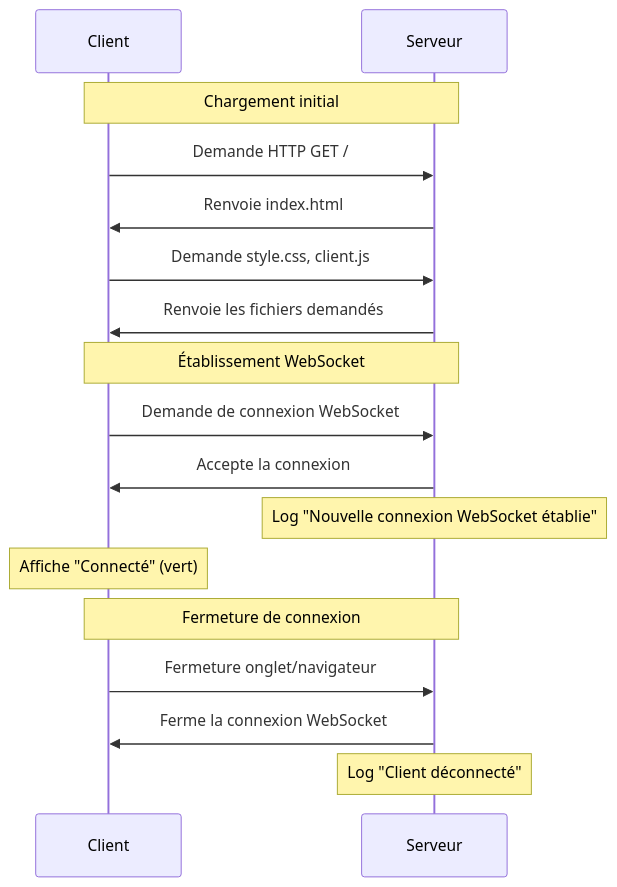
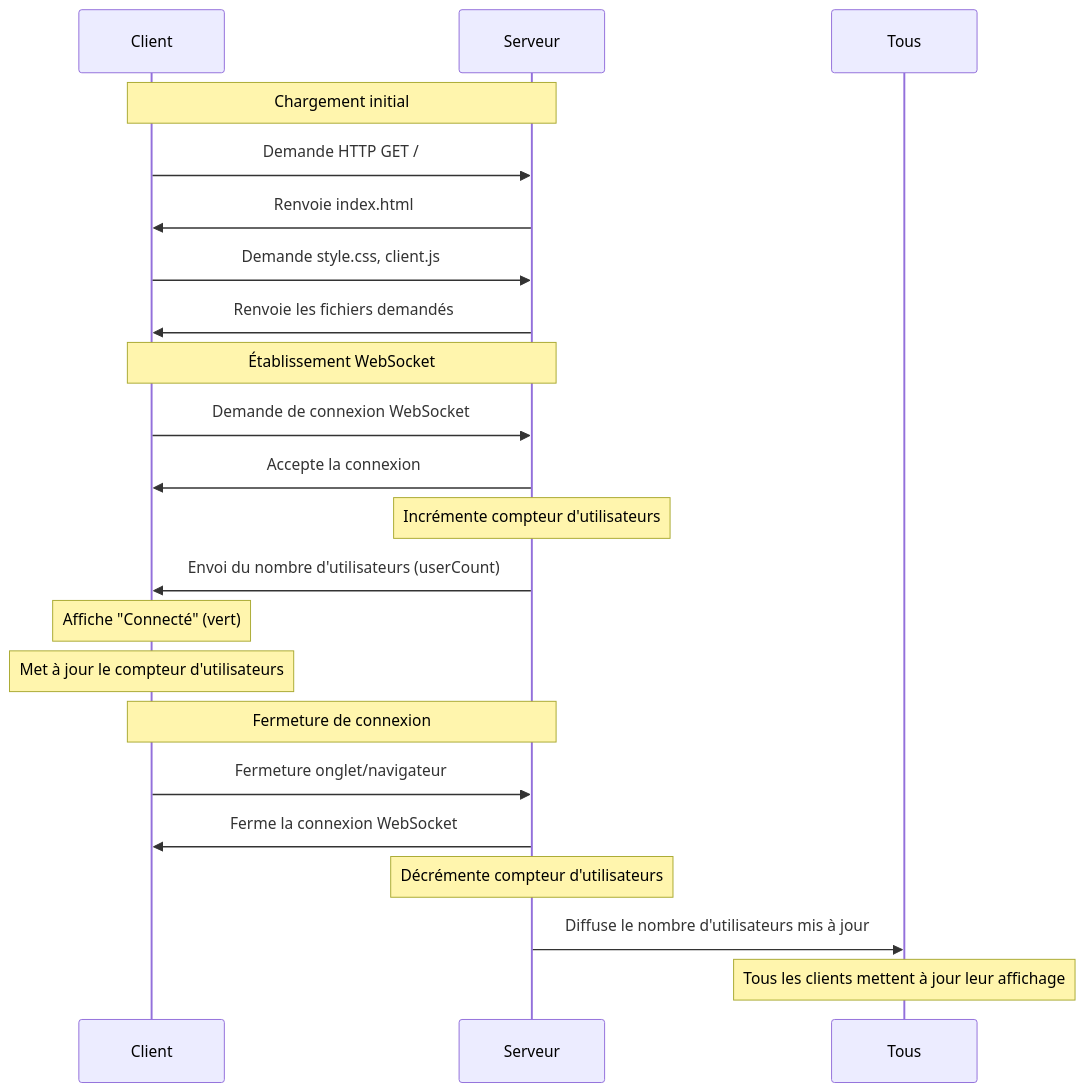
The first of 2 diagrams in docs/technical.md (nicolasmbronner/basic-websocket-prototype), drawn with Mermaid before and after one commit. The commit also changed other lines of this file and 5 other files, not shown here.

````diff
--- a/docs/technical.md
+++ b/docs/technical.md
@@ -9,22 +9,26 @@
 ```mermaid
 sequenceDiagram
     participant C as Client
     participant S as Serveur
 
     Note over C,S: Chargement initial
     C->>S: Demande HTTP GET /
     S->>C: Renvoie index.html
     C->>S: Demande style.css, client.js
     S->>C: Renvoie les fichiers demandés
     
     Note over C,S: Établissement WebSocket
     C->>S: Demande de connexion WebSocket
     S->>C: Accepte la connexion
-    Note over S: Log "Nouvelle connexion WebSocket établie"
+    Note over S: Incrémente compteur d'utilisateurs
+    S->>C: Envoi du nombre d'utilisateurs (userCount)
     Note over C: Affiche "Connecté" (vert)
+    Note over C: Met à jour le compteur d'utilisateurs
     
     Note over C,S: Fermeture de connexion
     C->>S: Fermeture onglet/navigateur
     S->>C: Ferme la connexion WebSocket
-    Note over S: Log "Client déconnecté"
+    Note over S: Décrémente compteur d'utilisateurs
+    S->>Tous: Diffuse le nombre d'utilisateurs mis à jour
+    Note over Tous: Tous les clients mettent à jour leur affichage
 ```
````
